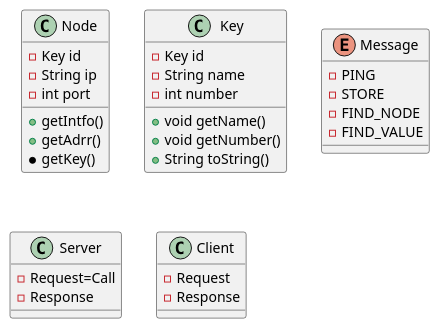
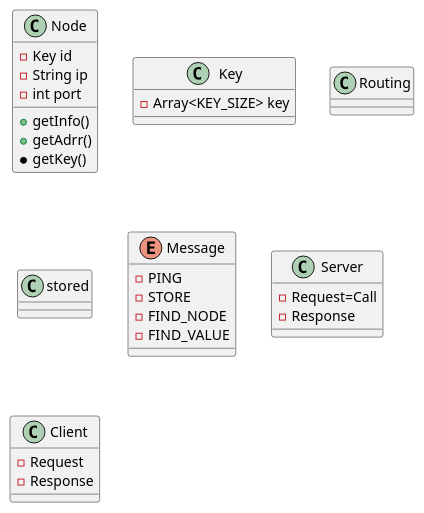
Before and after one commit to GoliathHagar/distributed_legder_kademlia: the diagram in docs/distributed-legder-overview.md, drawn with PlantUML.

Commit message:
docs: uml update

````diff
--- a/docs/distributed-legder-overview.md
+++ b/docs/distributed-legder-overview.md
@@ -7,43 +7,44 @@
 ```plantuml
 @startuml
   class Node {
     - Key id
     - String ip
     - int port 
     
-    + getIntfo()
+    + getInfo()
     + getAdrr()
     * getKey()
   } 
   
   class Key {
-    - Key id
-    - String name
-    - int number 
-    
-    +void getName()
-    +void getNumber()
-    +String toString()
+    - Array<KEY_SIZE> key
+  }
+  
+  class Routing{
+  
+  }
+  
+  class stored {
   }
   
   enum Message {
     - PING
     - STORE
     - FIND_NODE
     - FIND_VALUE
   }
   
   class Server {
     - Request=Call
     - Response
   }
   
   class Client { 
     - Request
     - Response
   }
   
   
    
 @enduml
 ```
````
